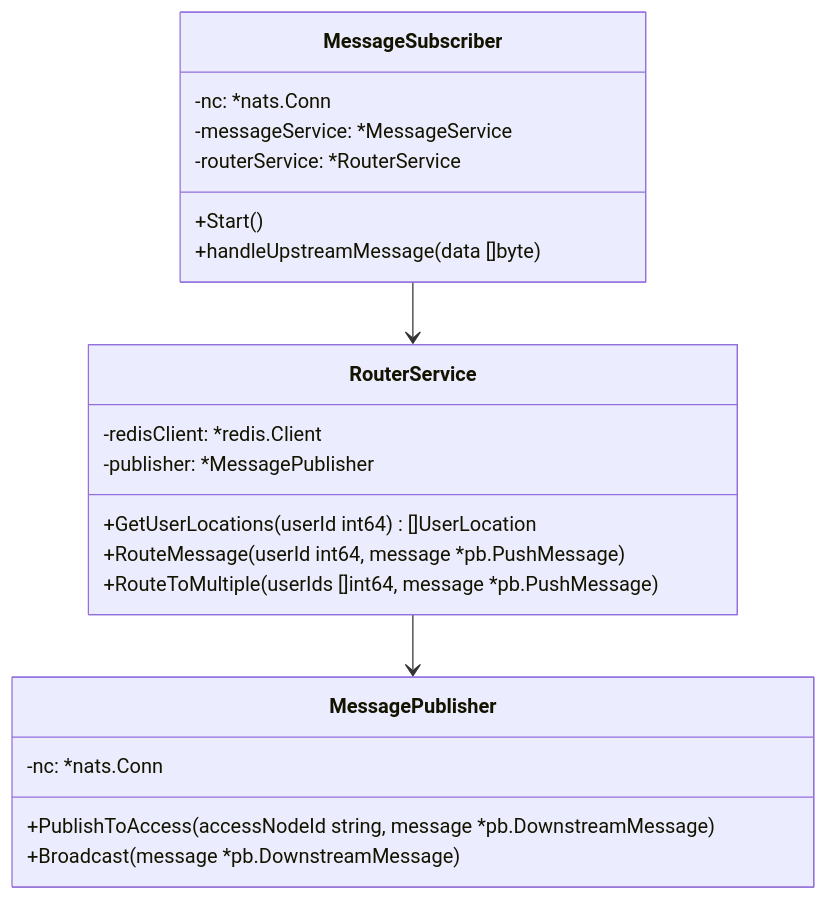
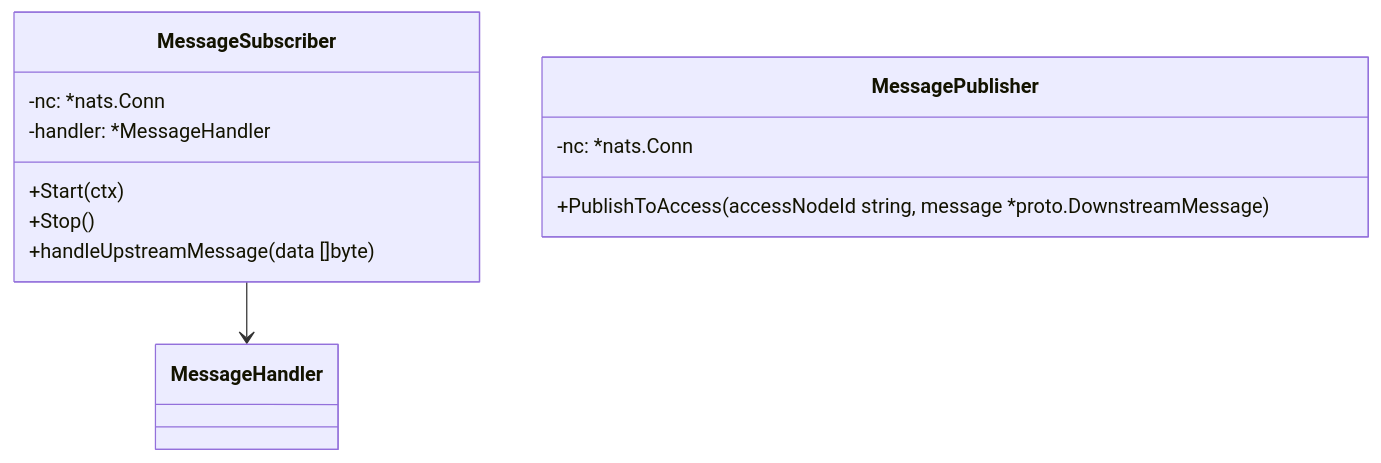
Before and after one commit to zhwillwintheworld/im-go: the fourth of 9 diagrams in docs/logic-layer-architecture.md, drawn with Mermaid. The commit also changed other lines of this file and 9 other files, not shown here.

Commit message:
refactor: 移除 `UserService` 依赖，新增共享错误处理、JWT 和会话服务测试，并更新相关架构文档。 antigravityrules已生效, v4

````diff
--- a/docs/logic-layer-architecture.md
+++ b/docs/logic-layer-architecture.md
@@ -154,27 +189,17 @@
 ```mermaid
 classDiagram
     class MessageSubscriber {
         -nc: *nats.Conn
-        -messageService: *MessageService
-        -routerService: *RouterService
-        +Start()
+        -handler: *MessageHandler
+        +Start(ctx)
+        +Stop()
         +handleUpstreamMessage(data []byte)
     }
 
     class MessagePublisher {
         -nc: *nats.Conn
-        +PublishToAccess(accessNodeId string, message *pb.DownstreamMessage)
-        +Broadcast(message *pb.DownstreamMessage)
+        +PublishToAccess(accessNodeId string, message *proto.DownstreamMessage)
     }
 
-    class RouterService {
-        -redisClient: *redis.Client
-        -publisher: *MessagePublisher
-        +GetUserLocations(userId int64) []UserLocation
-        +RouteMessage(userId int64, message *pb.PushMessage)
-        +RouteToMultiple(userIds []int64, message *pb.PushMessage)
-    }
-
-    MessageSubscriber --> RouterService
-    RouterService --> MessagePublisher
+    MessageSubscriber --> MessageHandler
 ```
````
